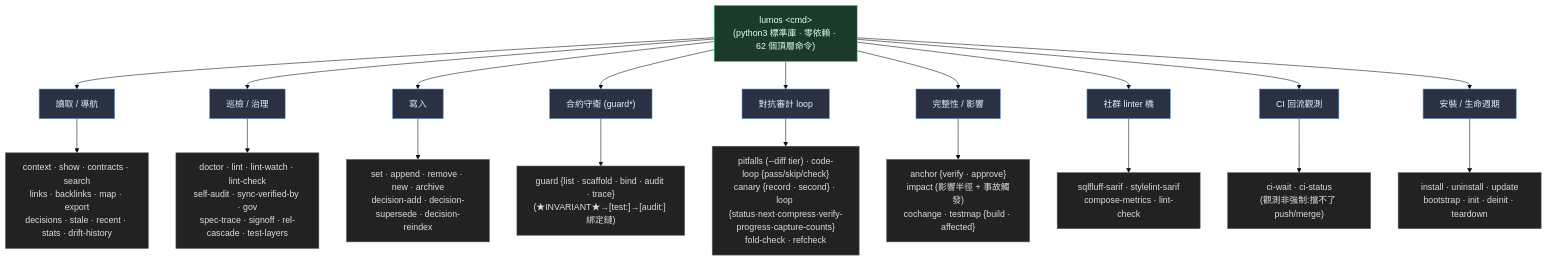
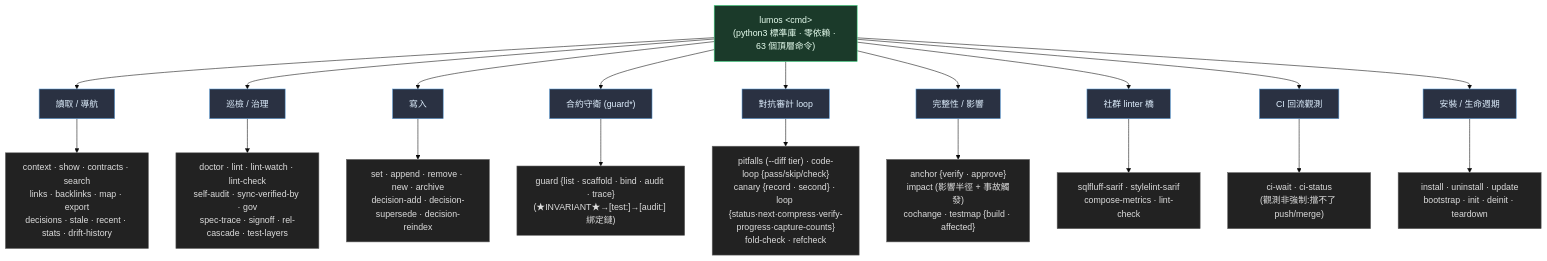
One commit to EnzoHsieh-Android/Lumos changed the third of 4 diagrams in ARCHITECTURE.md. Above: the diagram before and after it, drawn with Mermaid (base theme). The commit also changed other lines of this file and 17 other files, not shown here.

````diff
--- a/ARCHITECTURE.md
+++ b/ARCHITECTURE.md
@@ -99,31 +99,31 @@
 ```mermaid
 flowchart TB
-    ROOT["lumos &lt;cmd&gt;<br/>(python3 標準庫 · 零依賴 · 62 個頂層命令)"]
+    ROOT["lumos &lt;cmd&gt;<br/>(python3 標準庫 · 零依賴 · 63 個頂層命令)"]
 
     ROOT --> READ["讀取 / 導航"]
     ROOT --> HEALTH["巡檢 / 治理"]
     ROOT --> WRITE["寫入"]
     ROOT --> GUARD["合約守衛 (guard*)"]
     ROOT --> LOOP["對抗審計 loop"]
     ROOT --> INTEG["完整性 / 影響"]
     ROOT --> SARIF["社群 linter 橋"]
     ROOT --> CI["CI 回流觀測"]
     ROOT --> LIFE["安裝 / 生命週期"]
 
     READ --> R["context · show · contracts · search<br/>links · backlinks · map · export<br/>decisions · stale · recent · stats · drift-history"]
     HEALTH --> H["doctor · lint · lint-watch · lint-check<br/>self-audit · sync-verified-by · gov<br/>spec-trace · signoff · rel-cascade · test-layers"]
     CI --> C["ci-wait · ci-status<br/>(觀測非強制:擋不了 push/merge)"]
     WRITE --> W["set · append · remove · new · archive<br/>decision-add · decision-supersede · decision-reindex"]
     GUARD --> G["guard {list · scaffold · bind · audit · trace}<br/>(★INVARIANT★→[test:]→[audit:] 綁定鏈)"]
     LOOP --> LP["pitfalls (--diff tier) · code-loop {pass/skip/check}<br/>canary {record · second} · loop {status·next·compress·verify-progress·capture-counts}<br/>fold-check · refcheck"]
     INTEG --> I["anchor {verify · approve}<br/>impact (影響半徑 + 事故觸發)<br/>cochange · testmap {build · affected}"]
     SARIF --> ST["sqlfluff-sarif · stylelint-sarif<br/>compose-metrics · lint-check"]
     LIFE --> L["install · uninstall · update<br/>bootstrap · init · deinit · teardown"]
 
     classDef root fill:#1b3a2a,stroke:#3ddc84,color:#e8fff0
     classDef cat fill:#2a3142,stroke:#5a9bd6,color:#e0f0ff
     classDef leaf fill:#222,stroke:#666,color:#ddd
     class ROOT root
     class READ,HEALTH,WRITE,GUARD,LOOP,INTEG,SARIF,CI,LIFE cat
     class R,H,W,G,LP,I,ST,C,L leaf
 ```
````
